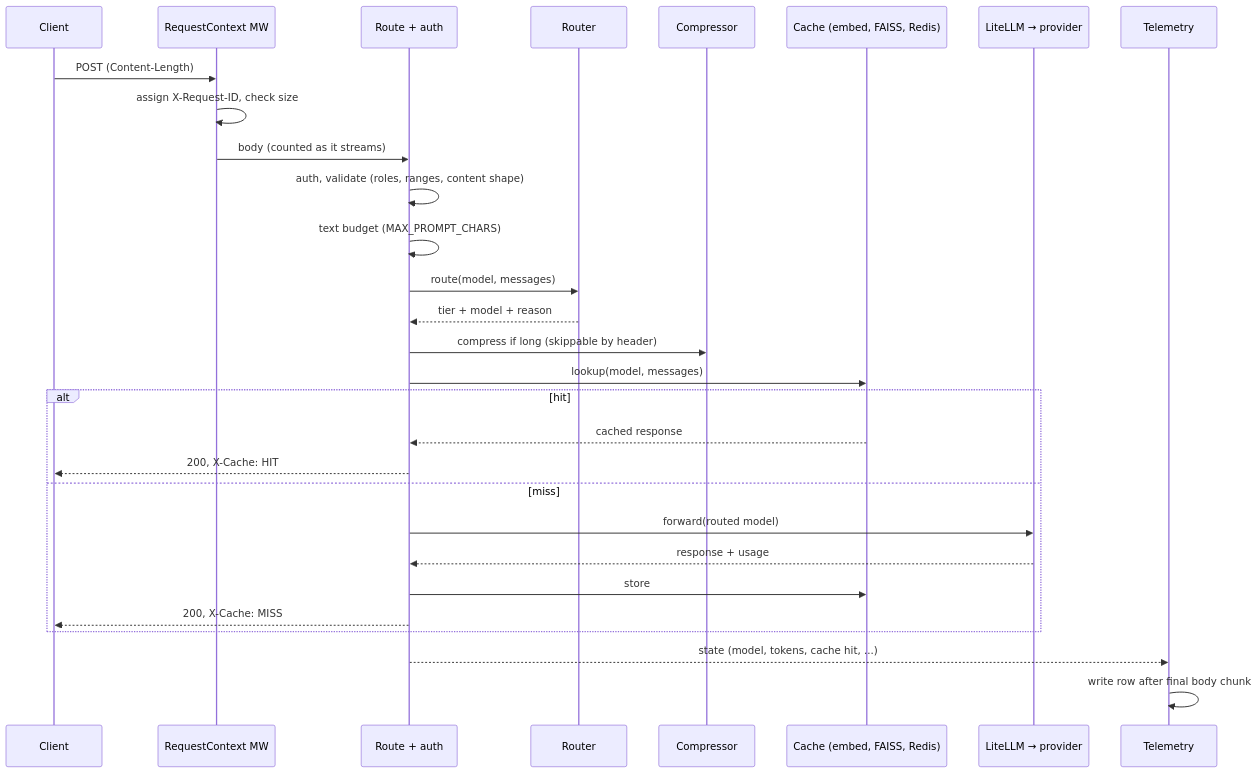
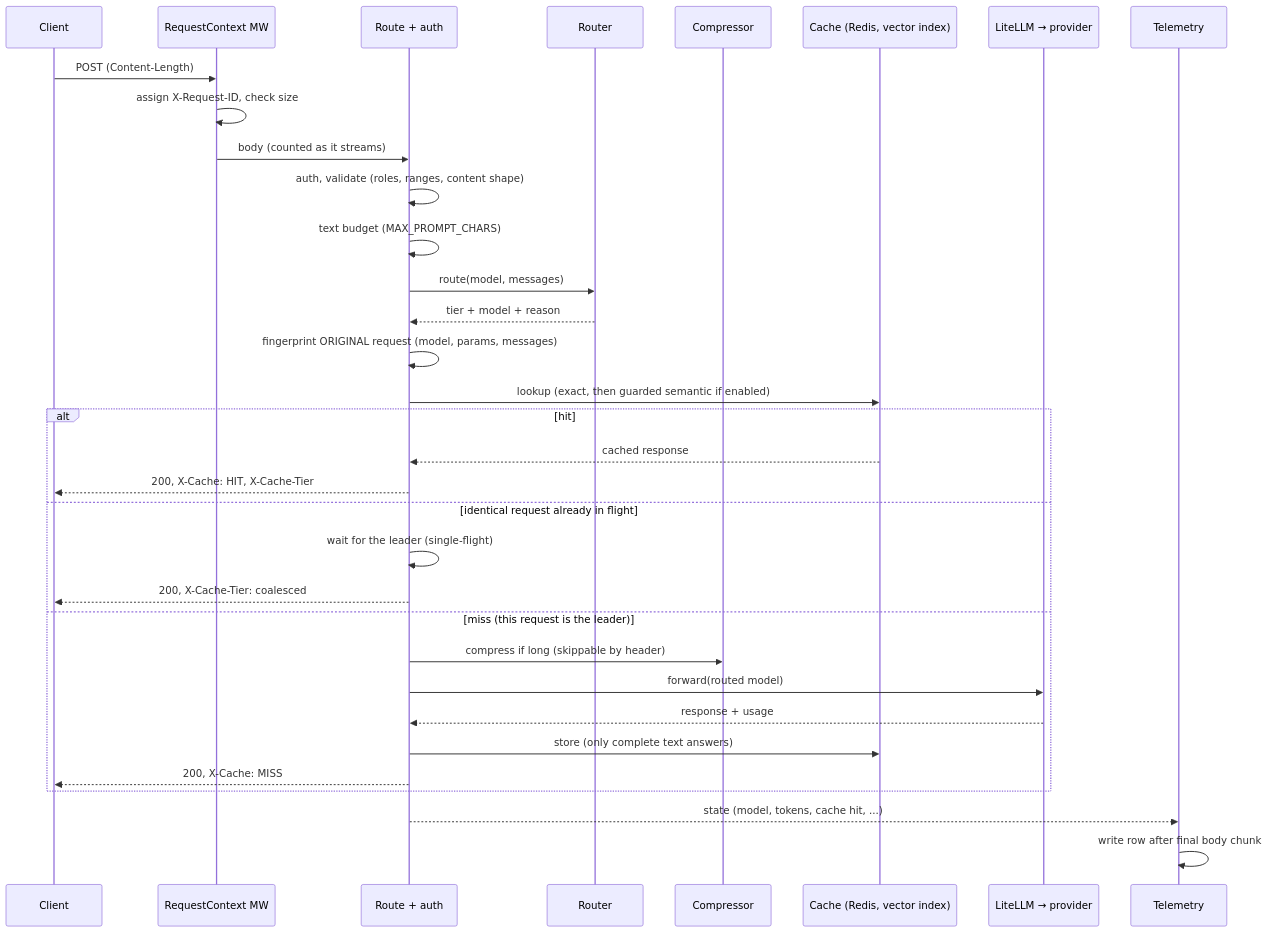
The first of 2 diagrams in docs/architecture/REQUEST_LIFECYCLE.md (Ayush-o1/NightJar), drawn with Mermaid before and after one commit. The commit also changed other lines of this file and 38 other files, not shown here.

````diff
--- a/docs/architecture/REQUEST_LIFECYCLE.md
+++ b/docs/architecture/REQUEST_LIFECYCLE.md
@@ -7,32 +7,36 @@
 ```mermaid
 sequenceDiagram
     participant C as Client
     participant M as RequestContext MW
     participant A as Route + auth
     participant R as Router
     participant K as Compressor
-    participant S as Cache (embed, FAISS, Redis)
+    participant S as Cache (Redis, vector index)
     participant U as LiteLLM → provider
     participant T as Telemetry
 
     C->>M: POST (Content-Length)
     M->>M: assign X-Request-ID, check size
     M->>A: body (counted as it streams)
     A->>A: auth, validate (roles, ranges, content shape)
     A->>A: text budget (MAX_PROMPT_CHARS)
     A->>R: route(model, messages)
     R-->>A: tier + model + reason
-    A->>K: compress if long (skippable by header)
-    A->>S: lookup(model, messages)
+    A->>A: fingerprint ORIGINAL request (model, params, messages)
+    A->>S: lookup (exact, then guarded semantic if enabled)
     alt hit
         S-->>A: cached response
-        A-->>C: 200, X-Cache: HIT
-    else miss
+        A-->>C: 200, X-Cache: HIT, X-Cache-Tier
+    else identical request already in flight
+        A->>A: wait for the leader (single-flight)
+        A-->>C: 200, X-Cache-Tier: coalesced
+    else miss (this request is the leader)
+        A->>K: compress if long (skippable by header)
         A->>U: forward(routed model)
         U-->>A: response + usage
-        A->>S: store
+        A->>S: store (only complete text answers)
         A-->>C: 200, X-Cache: MISS
     end
     A-->>T: state (model, tokens, cache hit, ...)
     T->>T: write row after final body chunk
 ```
````
